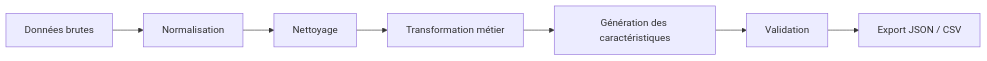
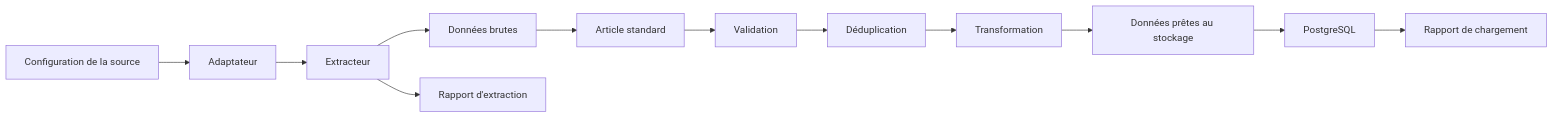
Before and after one commit to gonzalezcourrier34-glitch/checkit_ai: the diagram in docs/04_schemas/index.md, drawn with Mermaid. The commit also changed other lines of this file and 51 other files, not shown here.

````diff
--- a/docs/04_schemas/index.md
+++ b/docs/04_schemas/index.md
@@ -246,17 +28,27 @@
 ```mermaid
 flowchart LR
 
-A[Données brutes]
+A[Configuration de la source]
 
-A --> B[Normalisation]
+A --> B[Adaptateur]
 
-B --> C[Nettoyage]
+B --> C[Extracteur]
 
-C --> D[Transformation métier]
+C --> D[Données brutes]
 
-D --> E[Génération des caractéristiques]
+D --> E[Article standard]
 
 E --> F[Validation]
 
-F --> G[Export JSON / CSV]
+F --> G[Déduplication]
+
+G --> H[Transformation]
+
+H --> I[Données prêtes au stockage]
+
+I --> J[PostgreSQL]
+
+C --> K[Rapport d'extraction]
+
+J --> L[Rapport de chargement]
 ```
````
